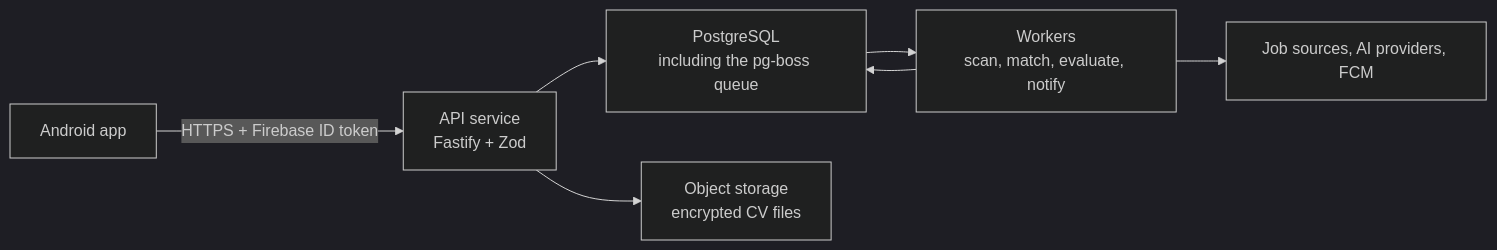
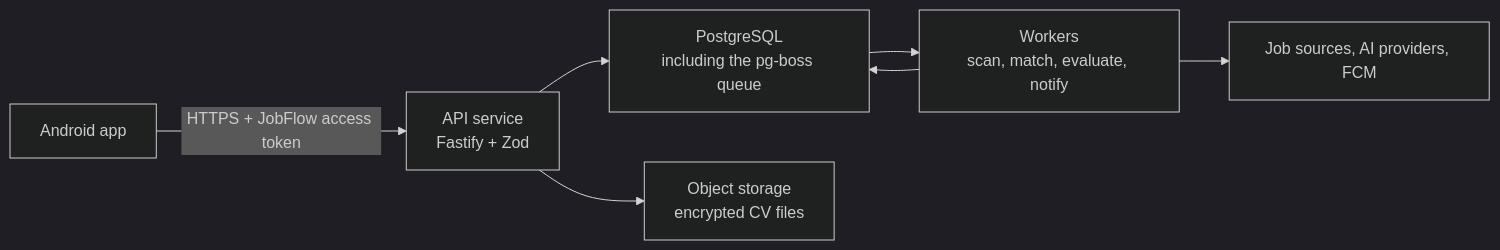
Before and after one commit to dthuy62/jobflow: the first of 6 diagrams in docs/system-architecture.md, drawn with Mermaid (dark theme). The commit also changed other lines of this file and 41 other files, not shown here.

````diff
--- a/docs/system-architecture.md
+++ b/docs/system-architecture.md
@@ -9,16 +9,16 @@
 ```mermaid
 flowchart LR
   Android["Android app"]
   API["API service\nFastify + Zod"]
   DB["PostgreSQL\nincluding the pg-boss queue"]
   Workers["Workers\nscan, match, evaluate, notify"]
   Blob["Object storage\nencrypted CV files"]
   External["Job sources, AI providers, FCM"]
 
-  Android -->|"HTTPS + Firebase ID token"| API
+  Android -->|"HTTPS + JobFlow access token"| API
   API --> DB
   API --> Blob
   DB --> Workers
   Workers --> DB
   Workers --> External
 ```
````
